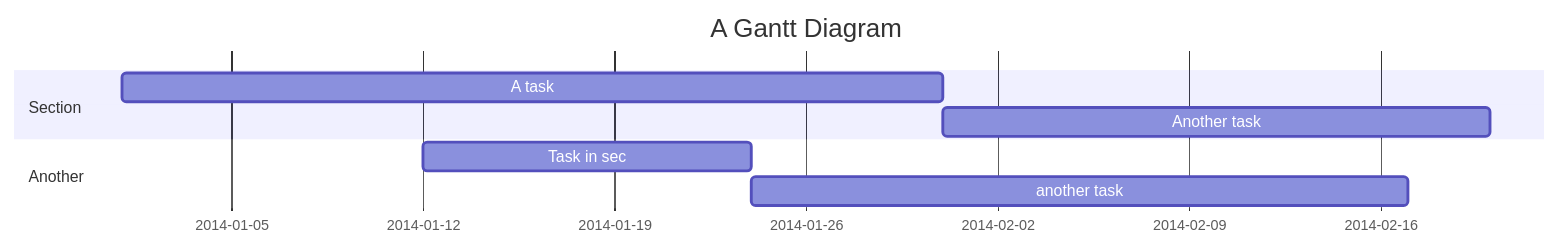
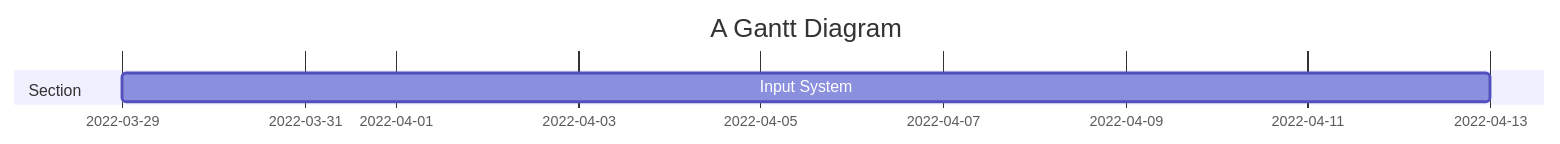
Before and after one commit to SadCatUnion/Ring-of-the-Blood-Cat-Soul: the diagram in Docs/Gantt.md, drawn with Mermaid.

````diff
--- a/Docs/Gantt.md
+++ b/Docs/Gantt.md
@@ -1,13 +1,8 @@
 ```mermaid
 gantt
     title A Gantt Diagram
     dateFormat  YYYY-MM-DD
 
     section Section
-    A task           :a1, 2014-01-01, 30d
-    Another task     :after a1  , 20d
-
-    section Another
-    Task in sec      :2014-01-12  , 12d
-    another task      : 24d
+    Input System          :a1, 2022-03-29, 15d
 ```
````
